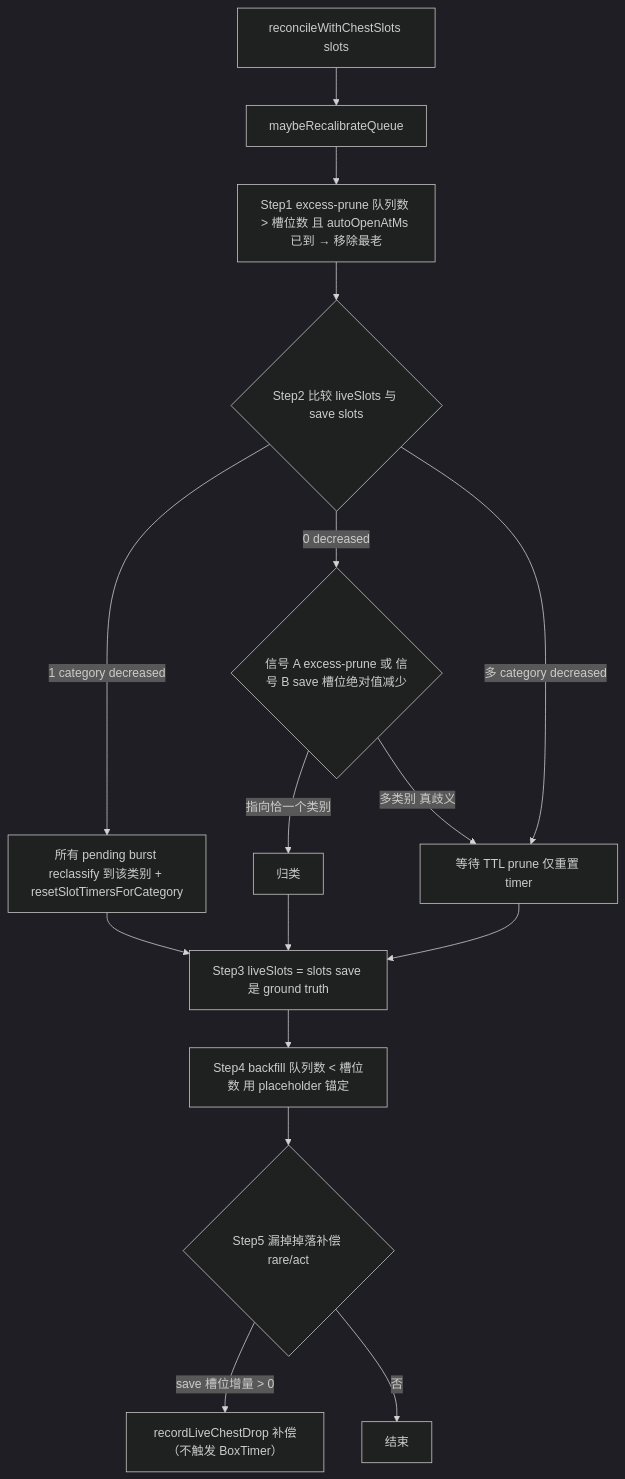
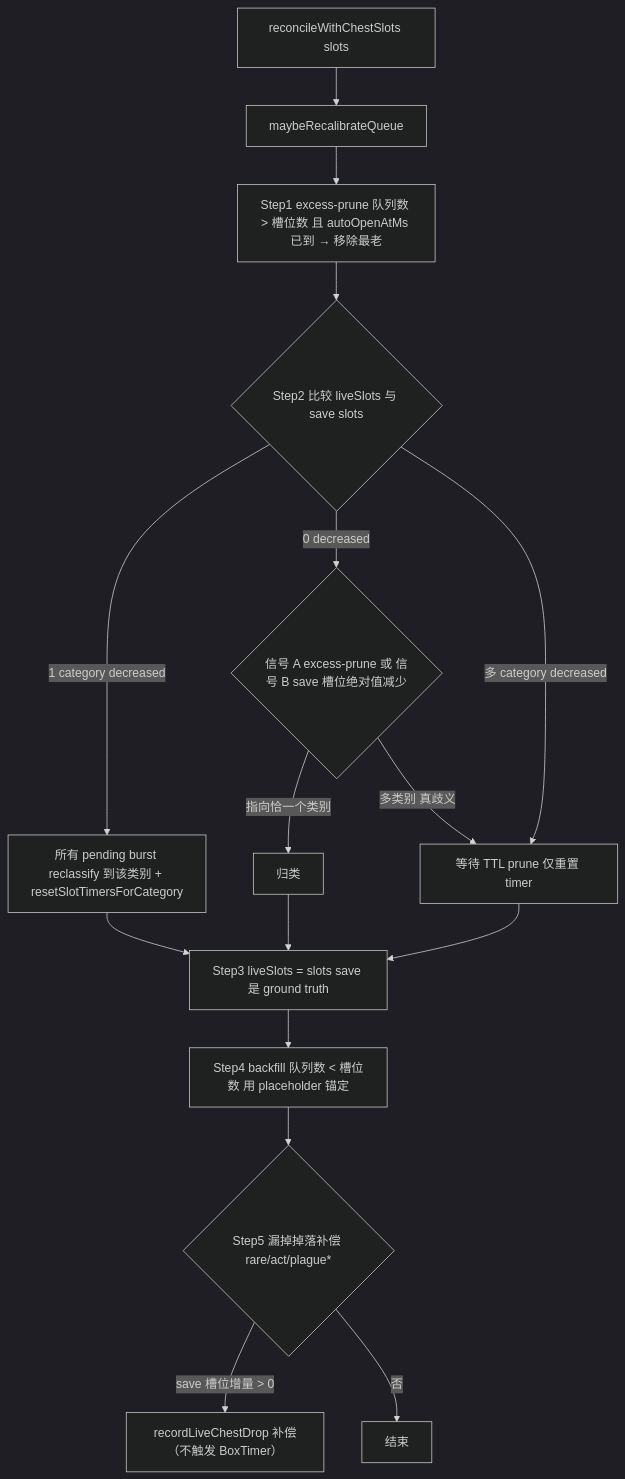
Diagram 18 of 22 in docs/BUSINESS-FLOWS.md (zioon/tbh-companion), drawn with Mermaid (dark theme) before and after one commit. The commit also changed other lines of this file and 34 other files, not shown here.

````diff
--- a/docs/BUSINESS-FLOWS.md
+++ b/docs/BUSINESS-FLOWS.md
@@ -2244,21 +2246,21 @@
 ```mermaid
 %% TBH flow diagram
 flowchart TD
   Reconcile[reconcileWithChestSlots slots] --> Recalib[maybeRecalibrateQueue]
   Recalib --> Step1[Step1 excess-prune 队列数 > 槽位数 且 autoOpenAtMs 已到 → 移除最老]
   Step1 --> Step2{Step2 比较 liveSlots 与 save slots}
   Step2 -- 1 category decreased --> AllBurst[所有 pending burst reclassify 到该类别 + resetSlotTimersForCategory]
   Step2 -- 0 decreased --> Signals{信号 A excess-prune 或 信号 B save 槽位绝对值减少}
   Signals -- 指向恰一个类别 --> Classify[归类]
   Signals -- 多类别 真歧义 --> Wait[等待 TTL prune 仅重置 timer]
   Step2 -- 多 category decreased --> Wait
   Classify --> Step3[Step3 liveSlots = slots save 是 ground truth]
   AllBurst --> Step3
   Wait --> Step3
   Step3 --> Step4[Step4 backfill 队列数 < 槽位数 用 placeholder 锚定]
-  Step4 --> Step5{Step5 漏掉掉落补偿 rare/act}
+  Step4 --> Step5{Step5 漏掉掉落补偿 rare/act/plague*}
   Step5 -- save 槽位增量 > 0 --> Missed[recordLiveChestDrop 补偿（不触发 BoxTimer）]
   Step5 -- 否 --> Done[结束]
   class Reconcile,Recalib,Step1,AllBurst,Classify,Wait,Step3,Step4,Missed data
   class Step2,Signals,Step5 dec
 ```
````
